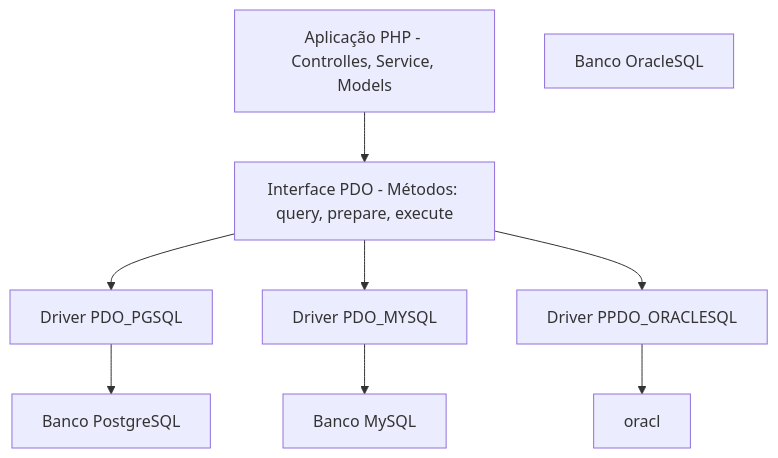
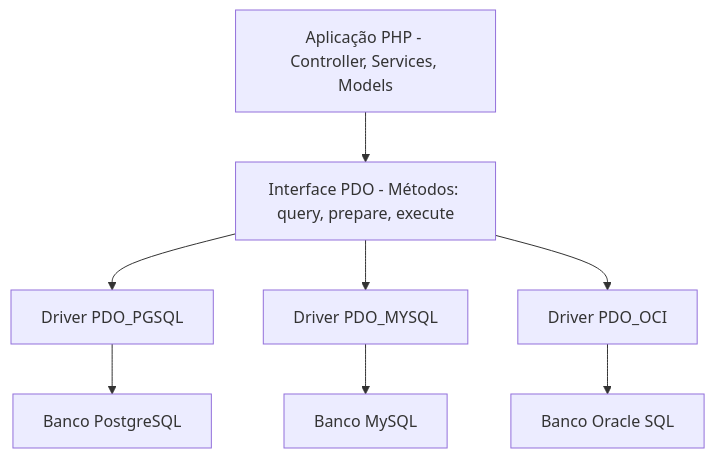
Diagram 11 of 14 in README.md (FelipeScalfi/BackEnd), drawn with Mermaid before and after one commit. The commit also changed other lines of this file and 29 other files, not shown here.

````diff
--- a/README.md
+++ b/README.md
@@ -1155,22 +1146,22 @@
 ```mermaid
 flowchart TB
-   aplicacao[Aplicação PHP - Controlles, Service, Models]
+    aplicacao[Aplicação PHP - Controller, Services, Models]
     pdo[Interface PDO - Métodos: query, prepare, execute]
 
-    driverpgsql[Driver PDO_PGSQL]
+    driver[Driver PDO_PGSQL]
     drivermysql[Driver PDO_MYSQL]
-    driveroci[Driver PPDO_ORACLESQL]
+    driveroracle[Driver PDO_OCI]
 
     postgres[Banco PostgreSQL]
     mysql[Banco MySQL]
-    oracle[Banco OracleSQL]
+    oracle[Banco Oracle SQL]
+    
 
     aplicacao --> pdo
-    pdo --> driverpgsql
+    pdo --> driver
     pdo --> drivermysql
-    pdo --> driveroci
-    driverpgsql --> postgres
+    pdo --> driveroracle
+    driver --> postgres
     drivermysql --> mysql
-    driveroci --> oracl
-
+    driveroracle --> oracle
 ```
````
